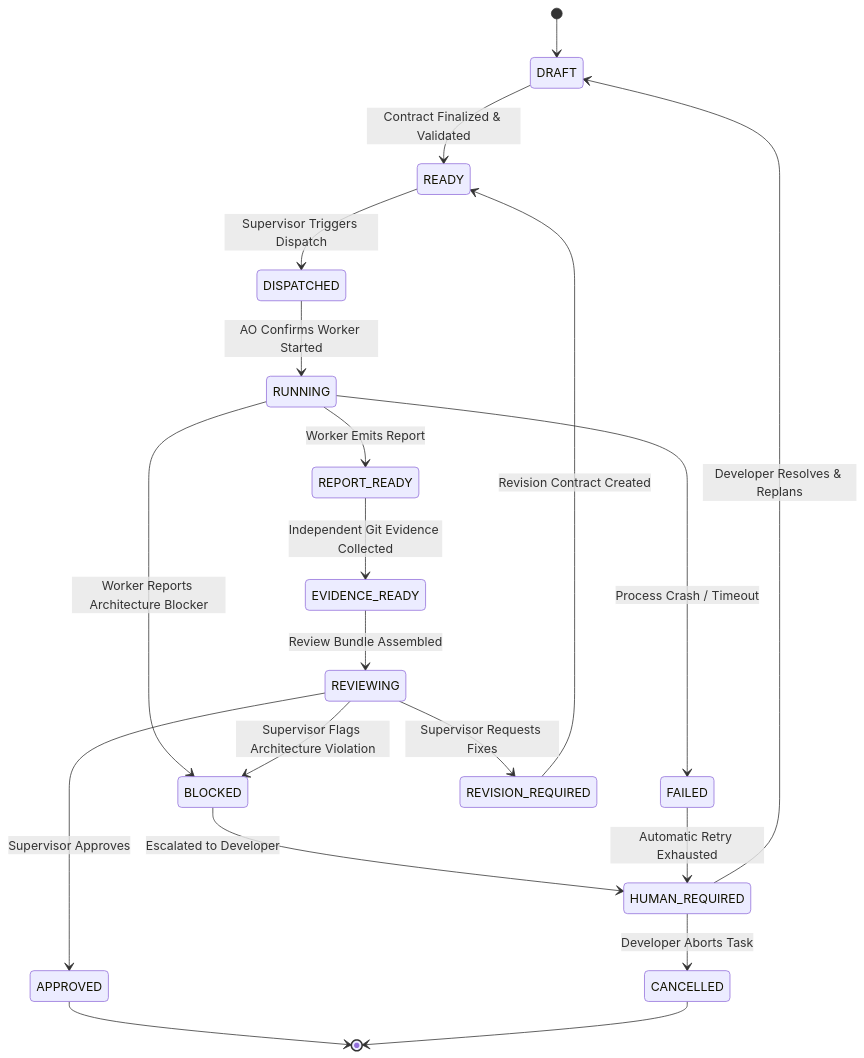
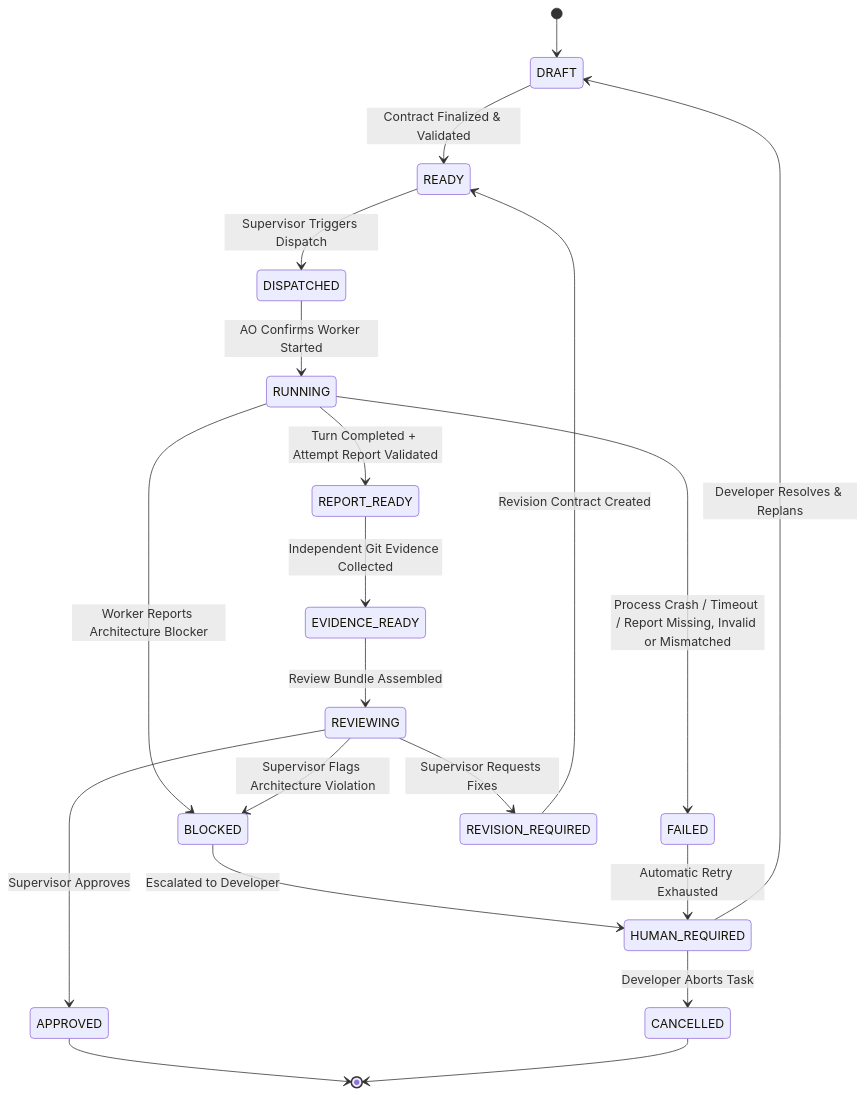
The diagram in docs/06_WORKFLOW_STATE_MACHINE.md (trungqwe/ai-supervisor), drawn with Mermaid before and after one commit. The commit also changed other lines of this file and 17 other files, not shown here.

Commit message:
docs: complete P01 final audit and freeze Architecture V2

````diff
--- a/docs/06_WORKFLOW_STATE_MACHINE.md
+++ b/docs/06_WORKFLOW_STATE_MACHINE.md
@@ -10,28 +10,28 @@
 ```mermaid
 stateDiagram-v2
     [*] --> DRAFT
     DRAFT --> READY: Contract Finalized & Validated
     READY --> DISPATCHED: Supervisor Triggers Dispatch
     DISPATCHED --> RUNNING: AO Confirms Worker Started
-    
-    RUNNING --> REPORT_READY: Worker Emits Report
-    RUNNING --> FAILED: Process Crash / Timeout
+
+    RUNNING --> REPORT_READY: Turn Completed + Attempt Report Validated
+    RUNNING --> FAILED: Process Crash / Timeout / Report Missing, Invalid or Mismatched
     RUNNING --> BLOCKED: Worker Reports Architecture Blocker
-    
+
     REPORT_READY --> EVIDENCE_READY: Independent Git Evidence Collected
     EVIDENCE_READY --> REVIEWING: Review Bundle Assembled
-    
+
     REVIEWING --> APPROVED: Supervisor Approves
     REVIEWING --> REVISION_REQUIRED: Supervisor Requests Fixes
     REVIEWING --> BLOCKED: Supervisor Flags Architecture Violation
-    
+
     REVISION_REQUIRED --> READY: Revision Contract Created
-    
+
     APPROVED --> [*]
-    
+
     BLOCKED --> HUMAN_REQUIRED: Escalated to Developer
     FAILED --> HUMAN_REQUIRED: Automatic Retry Exhausted
     HUMAN_REQUIRED --> DRAFT: Developer Resolves & Replans
     HUMAN_REQUIRED --> CANCELLED: Developer Aborts Task
     CANCELLED --> [*]
 ```
````
